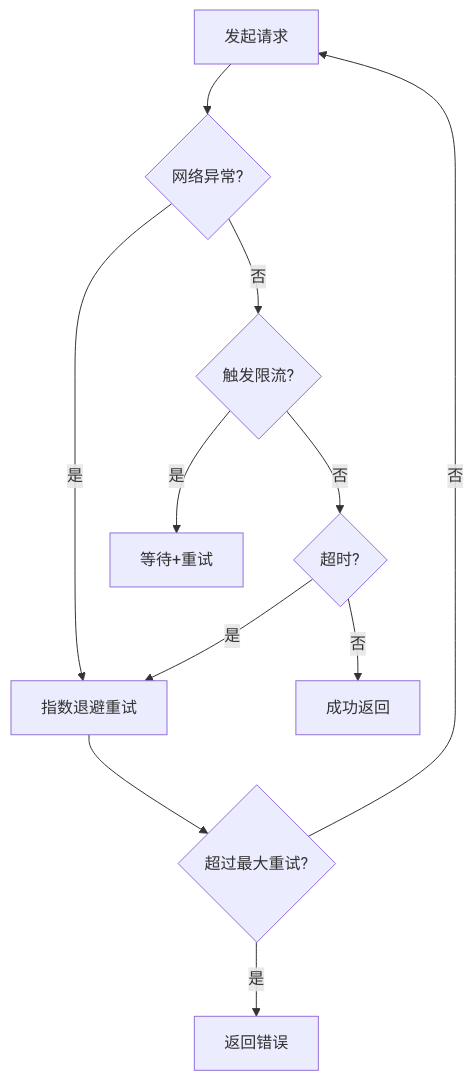
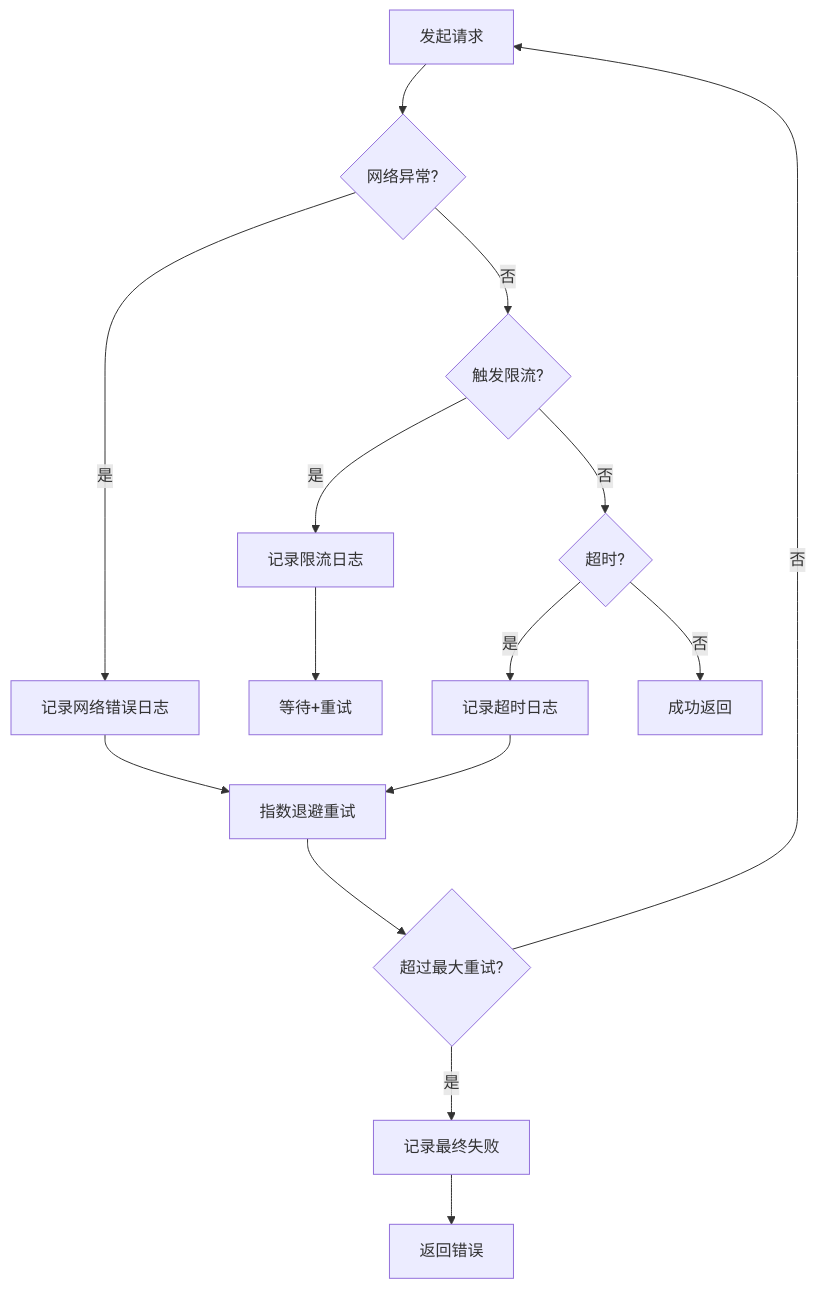
Before and after one commit to olx2990684400-sketch/olx-my-blog: the sixth of 8 diagrams in .qoder/repowiki/zh/content/Cloudflare Workers服务/GitHub代理服务.md, drawn with Mermaid. The commit also changed other lines of this file and 74 other files, not shown here.

````diff
--- a/.qoder/repowiki/zh/content/Cloudflare Workers服务/GitHub代理服务.md
+++ b/.qoder/repowiki/zh/content/Cloudflare Workers服务/GitHub代理服务.md
@@ -239,13 +353,17 @@
 ```mermaid
 flowchart TD
 Req["发起请求"] --> NetErr{"网络异常?"}
-NetErr --> |是| Retry["指数退避重试"]
+NetErr --> |是| LogNet["记录网络错误日志"]
+LogNet --> Retry["指数退避重试"]
 NetErr --> |否| RateLimit{"触发限流?"}
-RateLimit --> |是| Backoff["等待+重试"]
+RateLimit --> |是| LogRate["记录限流日志"]
+LogRate --> Backoff["等待+重试"]
 RateLimit --> |否| Timeout{"超时?"}
-Timeout --> |是| Retry
+Timeout --> |是| LogTimeout["记录超时日志"]
+LogTimeout --> Retry
 Timeout --> |否| Success["成功返回"]
 Retry --> MaxRetry{"超过最大重试?"}
-MaxRetry --> |是| Fail["返回错误"]
+MaxRetry --> |是| LogFail["记录最终失败"]
+LogFail --> Fail["返回错误"]
 MaxRetry --> |否| Req
 ```
````
